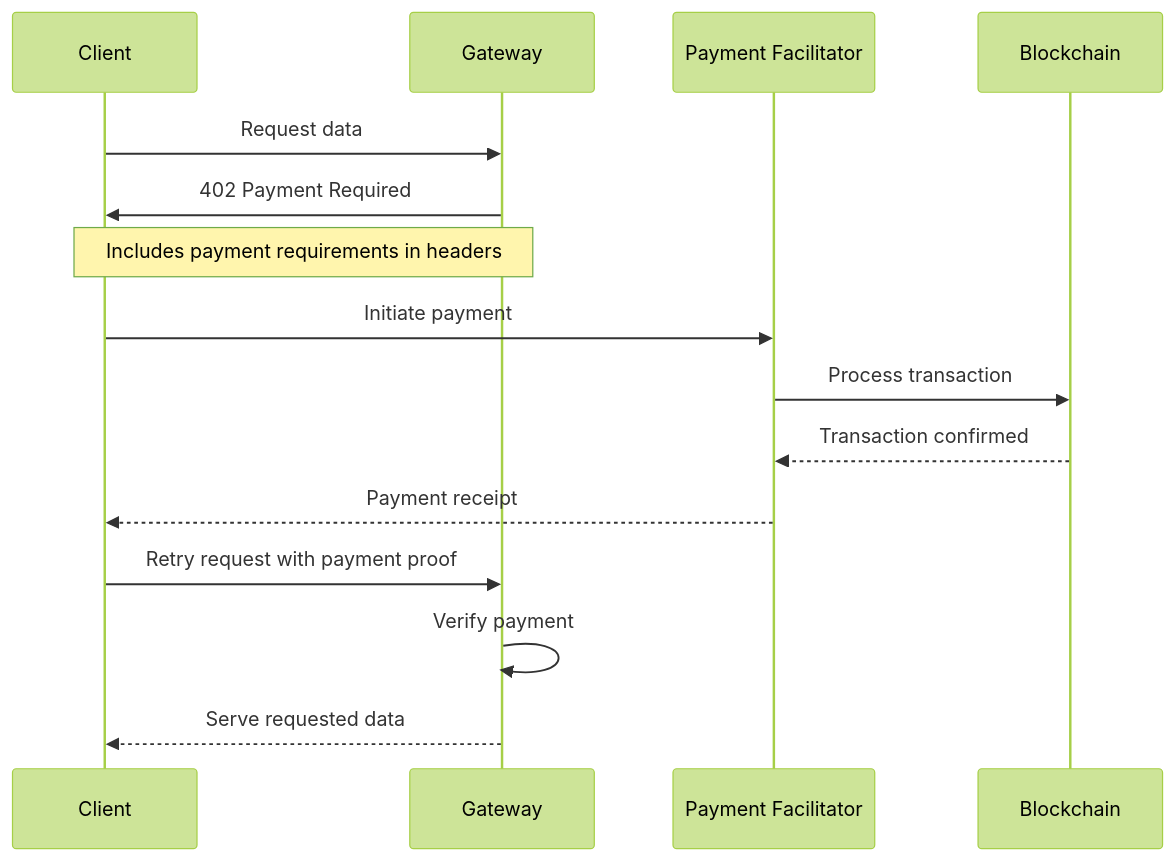
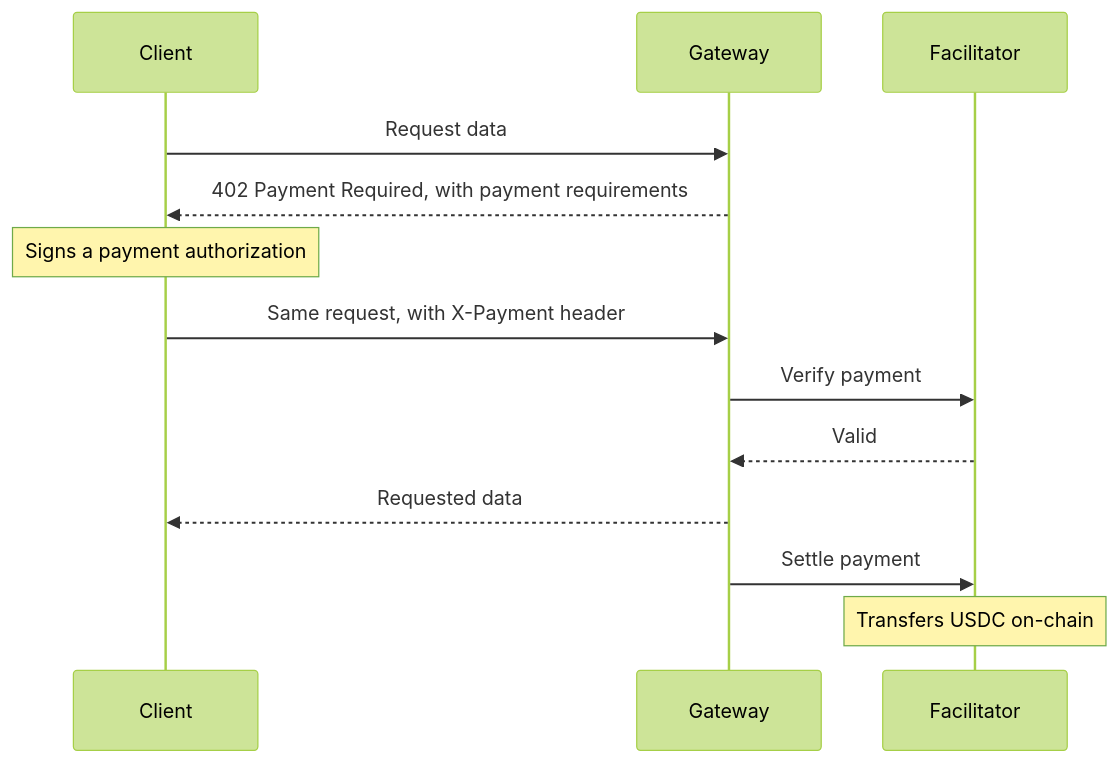
The diagram in content/learn/gateways/x402-payments.mdx (ar-io/docs), drawn with Mermaid (forest theme) before and after one commit. The commit also changed other lines of this file and 25 other files, not shown here.

````diff
--- a/content/learn/gateways/x402-payments.mdx
+++ b/content/learn/gateways/x402-payments.mdx
@@ -27,20 +27,16 @@
 ```mermaid
 sequenceDiagram
     participant Client
     participant Gateway
-    participant Payment as Payment Facilitator
-    participant Blockchain
+    participant Facilitator
 
     Client->>Gateway: Request data
-    Gateway->>Client: 402 Payment Required
-    Note over Gateway,Client: Includes payment requirements in headers
-
-    Client->>Payment: Initiate payment
-    Payment->>Blockchain: Process transaction
-    Blockchain-->>Payment: Transaction confirmed
-    Payment-->>Client: Payment receipt
-
-    Client->>Gateway: Retry request with payment proof
-    Gateway->>Gateway: Verify payment
-    Gateway-->>Client: Serve requested data
+    Gateway-->>Client: 402 Payment Required, with payment requirements
+    Note over Client: Signs a payment authorization
+    Client->>Gateway: Same request, with X-Payment header
+    Gateway->>Facilitator: Verify payment
+    Facilitator-->>Gateway: Valid
+    Gateway-->>Client: Requested data
+    Gateway->>Facilitator: Settle payment
+    Note over Facilitator: Transfers USDC on-chain
 ```
````
